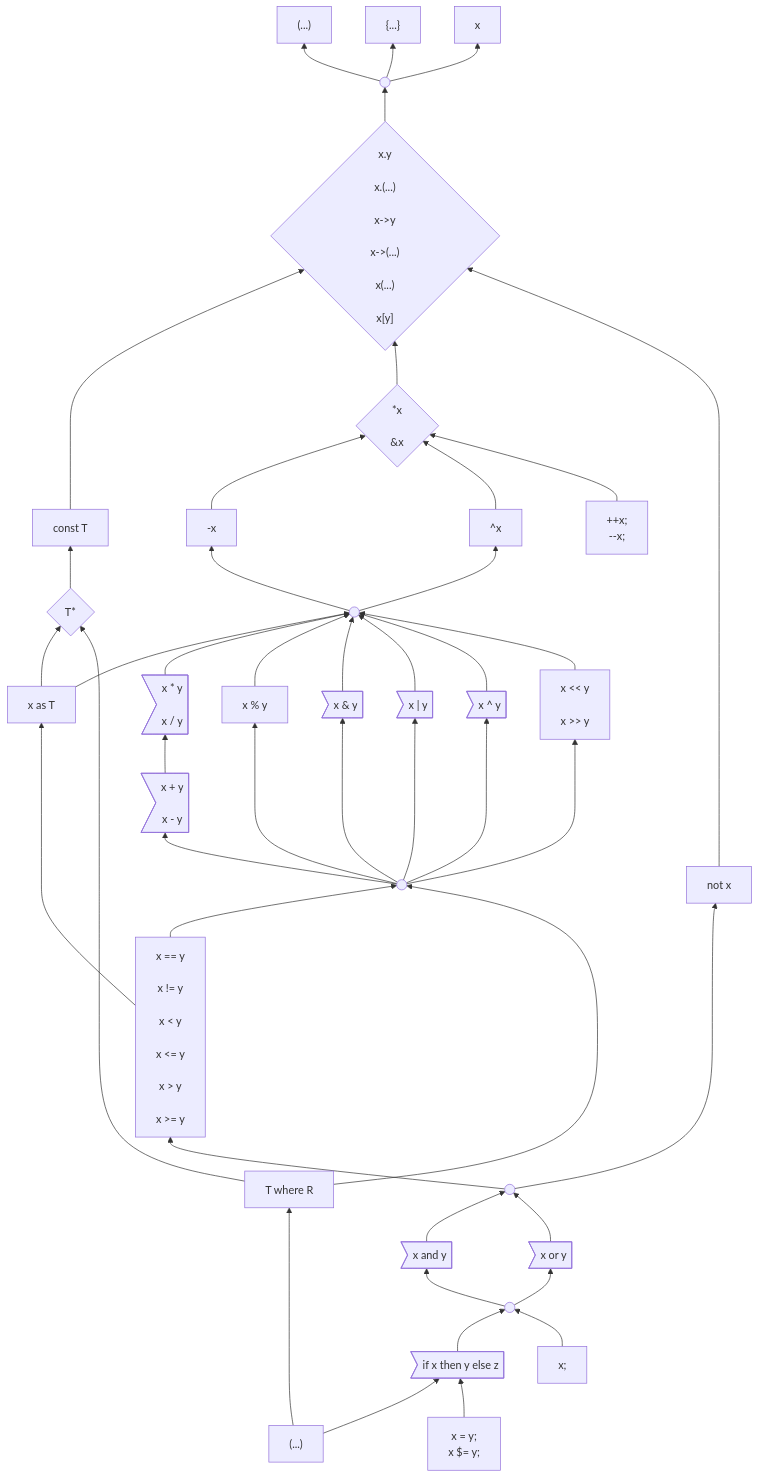
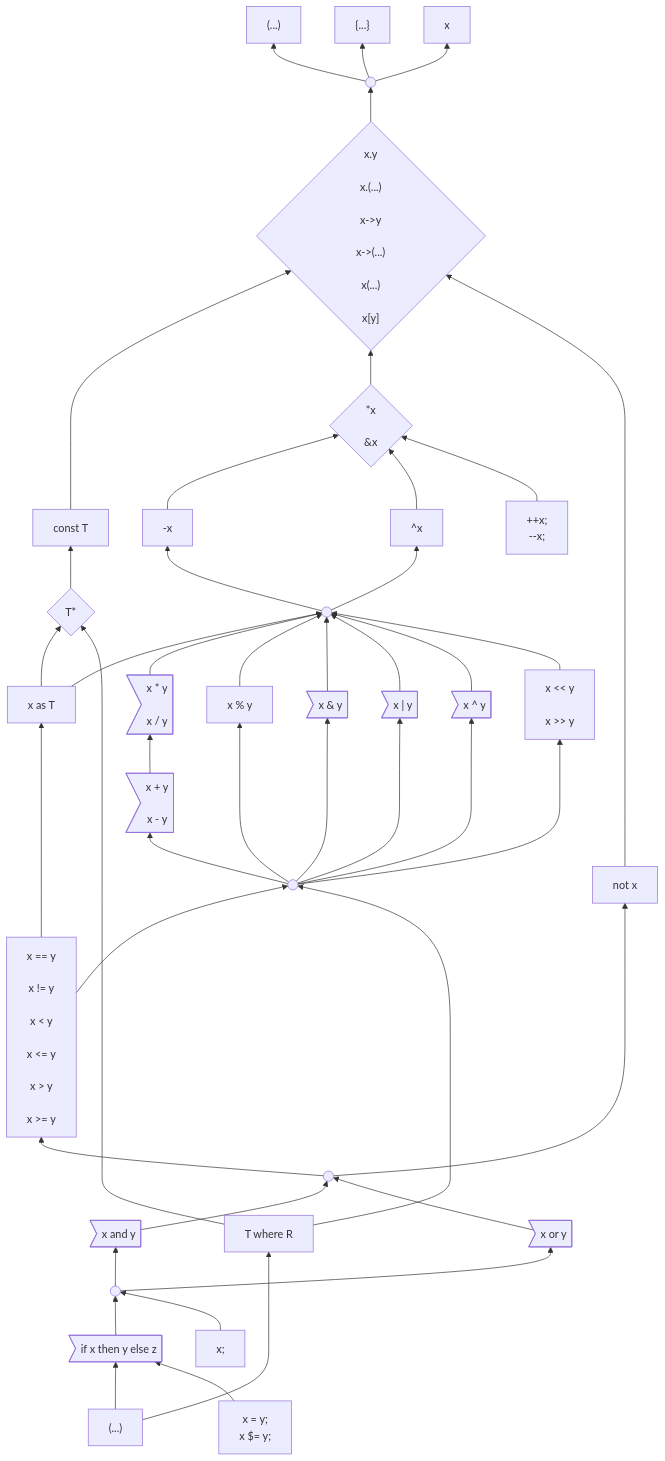
The first of 3 diagrams in docs/design/expressions/README.md (carbon-language/carbon-lang), drawn with Mermaid before and after one commit.

Commit message:
Checkpoint progress.

````diff
--- a/docs/design/expressions/README.md
+++ b/docs/design/expressions/README.md
@@ -171,13 +171,14 @@
     binaryOps --> addition & modulo & bitwise_and & bitwise_or & bitwise_xor & shift
     comparison --> binaryOps
     comparison ----> as
-    where ----> pointerType
-    where ---> binaryOps
+    where -----> pointerType
+    where ----> binaryOps
     logicalOperand --> comparison & not
     and & or --> logicalOperand
     logicalExpression --> and & or
     if & expressionStatement --> logicalExpression
     insideParens & assignment --> if
-    insideParens ----> where
-    comparison ~~~ not
+    insideParens ---> where
+    %% Try and improve layout
+    %% comparison ~~~ not
 ```
````
